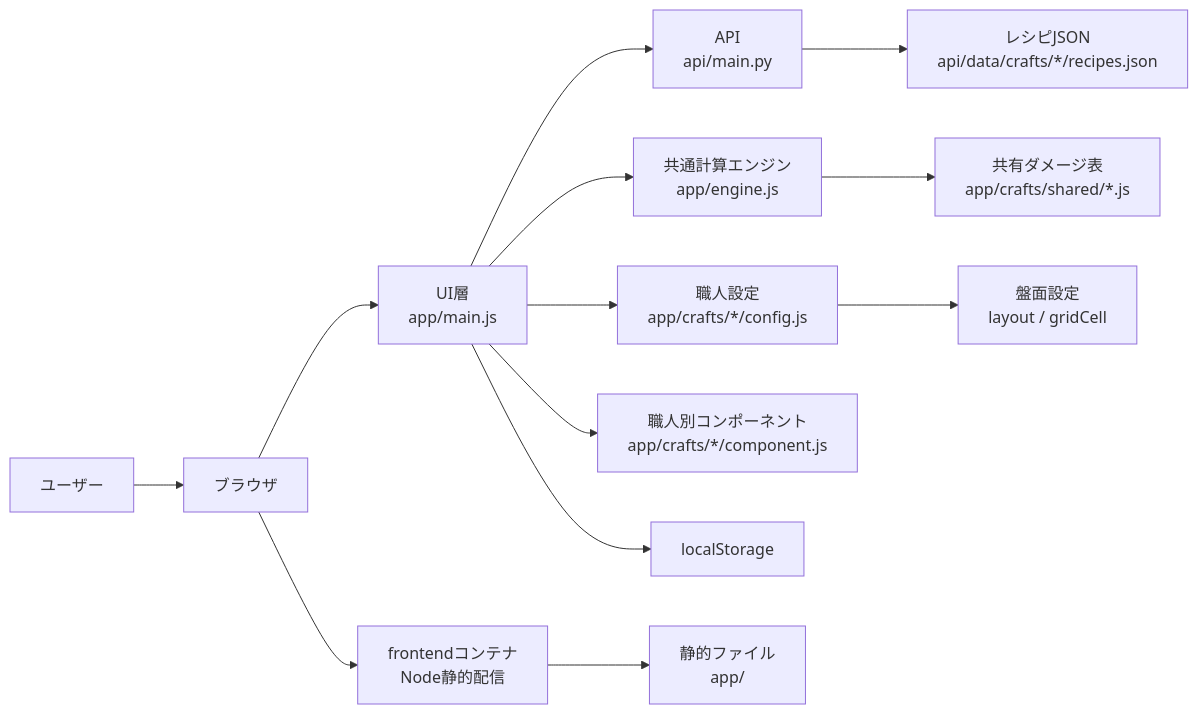
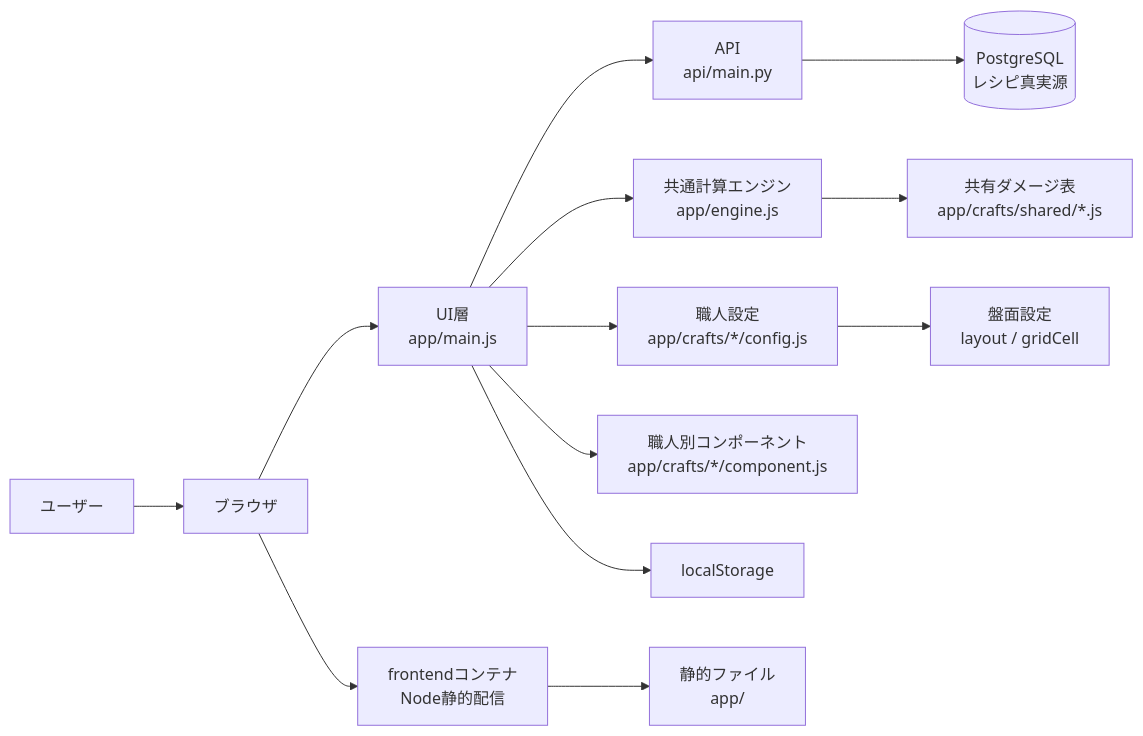
Before and after one commit to kwdch013/crafting_dq10: the first of 2 diagrams in docs/design/01-architecture.md, drawn with Mermaid. The commit also changed other lines of this file and 19 other files, not shown here.

````diff
--- a/docs/design/01-architecture.md
+++ b/docs/design/01-architecture.md
@@ -12,15 +12,15 @@
 ```mermaid
 flowchart LR
   User[ユーザー] --> Browser[ブラウザ]
   Browser --> UI[UI層<br>app/main.js]
   UI --> API[API<br>api/main.py]
   UI --> Engine[共通計算エンジン<br>app/engine.js]
   UI --> Config[職人設定<br>app/crafts/*/config.js]
   UI --> Component[職人別コンポーネント<br>app/crafts/*/component.js]
-  API --> Recipes[レシピJSON<br>api/data/crafts/*/recipes.json]
+  API --> Recipes[(PostgreSQL<br>レシピ真実源)]
   Config --> Layout[盤面設定<br>layout / gridCell]
   Engine --> Damage[共有ダメージ表<br>app/crafts/shared/*.js]
   UI --> Storage[localStorage]
   Browser --> Frontend[frontendコンテナ<br>Node静的配信]
   Frontend --> Static[静的ファイル<br>app/]
 ```
````
